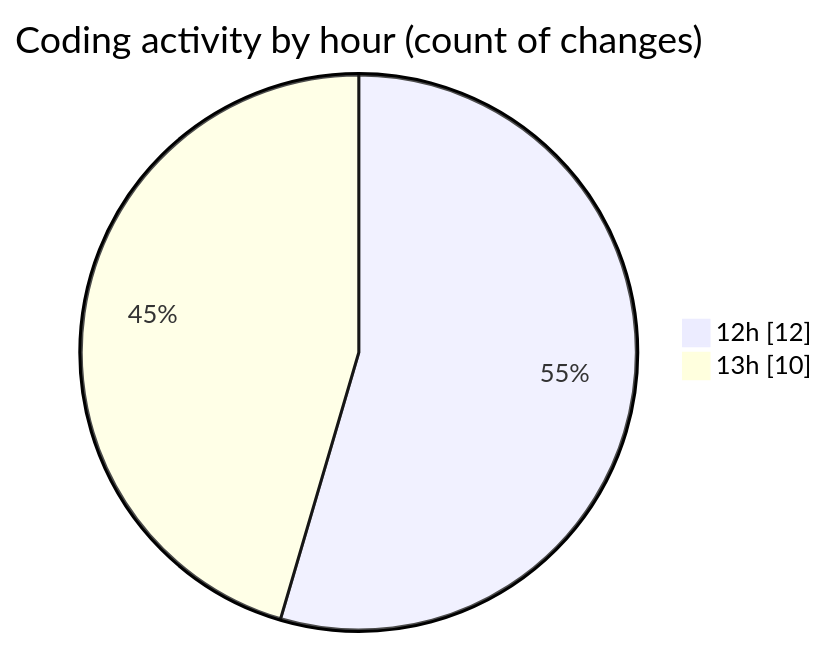
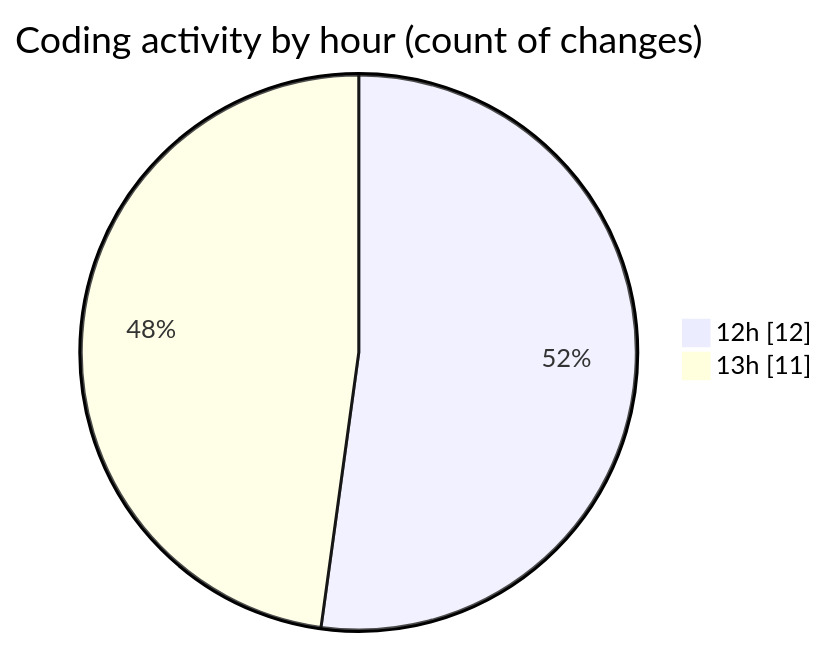
Before and after one commit to momahboobian/code-tracking: the second of 2 diagrams in 2025-09-24/cda/README.md, drawn with Mermaid. The commit also changed other lines of this file and 1 other file, not shown here.

````diff
--- a/2025-09-24/cda/README.md
+++ b/2025-09-24/cda/README.md
@@ -30,6 +30,6 @@
 ```mermaid
 pie showData
 title Coding activity by hour (count of changes)
 "12h" : 12
-"13h" : 10
+"13h" : 11
 ```
````
